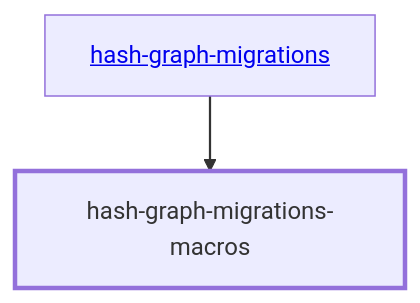
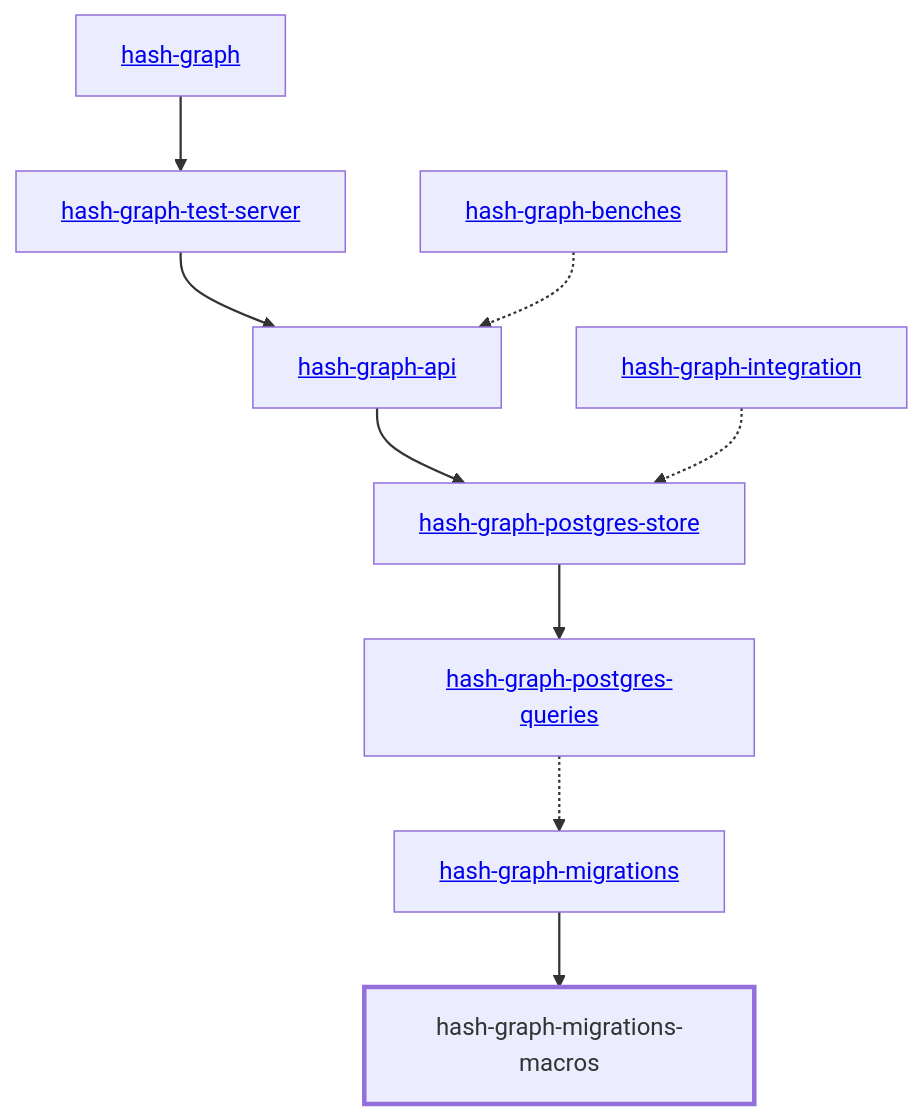
One commit to hashintel/hash changed the diagram in libs/@local/graph/migrations-macros/docs/dependency-diagram.mmd. Above: the diagram before and after it, drawn with Mermaid. The commit also changed 11 other files, not shown here.

```diff
--- a/libs/@local/graph/migrations-macros/docs/dependency-diagram.mmd
+++ b/libs/@local/graph/migrations-macros/docs/dependency-diagram.mmd
@@ -1,14 +1,28 @@
 graph TD
     linkStyle default stroke-width:1.5px
     classDef default stroke-width:1px
     classDef root stroke-width:3px
     classDef dev stroke-width:1px
     classDef build stroke-width:1px
     %% Legend
     %% --> : Normal dependency
     %% -.-> : Dev dependency
     %% ---> : Build dependency
-    0[<a href="../hash_graph_migrations">hash-graph-migrations</a>]
-    1[hash-graph-migrations-macros]
-    class 1 root
-    0 --> 1
+    0[<a href="../hash_graph">hash-graph</a>]
+    1[<a href="../hash_graph_api">hash-graph-api</a>]
+    2[<a href="../hash_graph_migrations">hash-graph-migrations</a>]
+    3[hash-graph-migrations-macros]
+    class 3 root
+    4[<a href="../hash_graph_postgres_queries">hash-graph-postgres-queries</a>]
+    5[<a href="../hash_graph_postgres_store">hash-graph-postgres-store</a>]
+    6[<a href="../hash_graph_test_server">hash-graph-test-server</a>]
+    7[<a href="../hash_graph_benches">hash-graph-benches</a>]
+    8[<a href="../hash_graph_integration">hash-graph-integration</a>]
+    0 --> 6
+    1 --> 5
+    2 --> 3
+    4 -.-> 2
+    5 --> 4
+    6 --> 1
+    7 -.-> 1
+    8 -.-> 5
```
